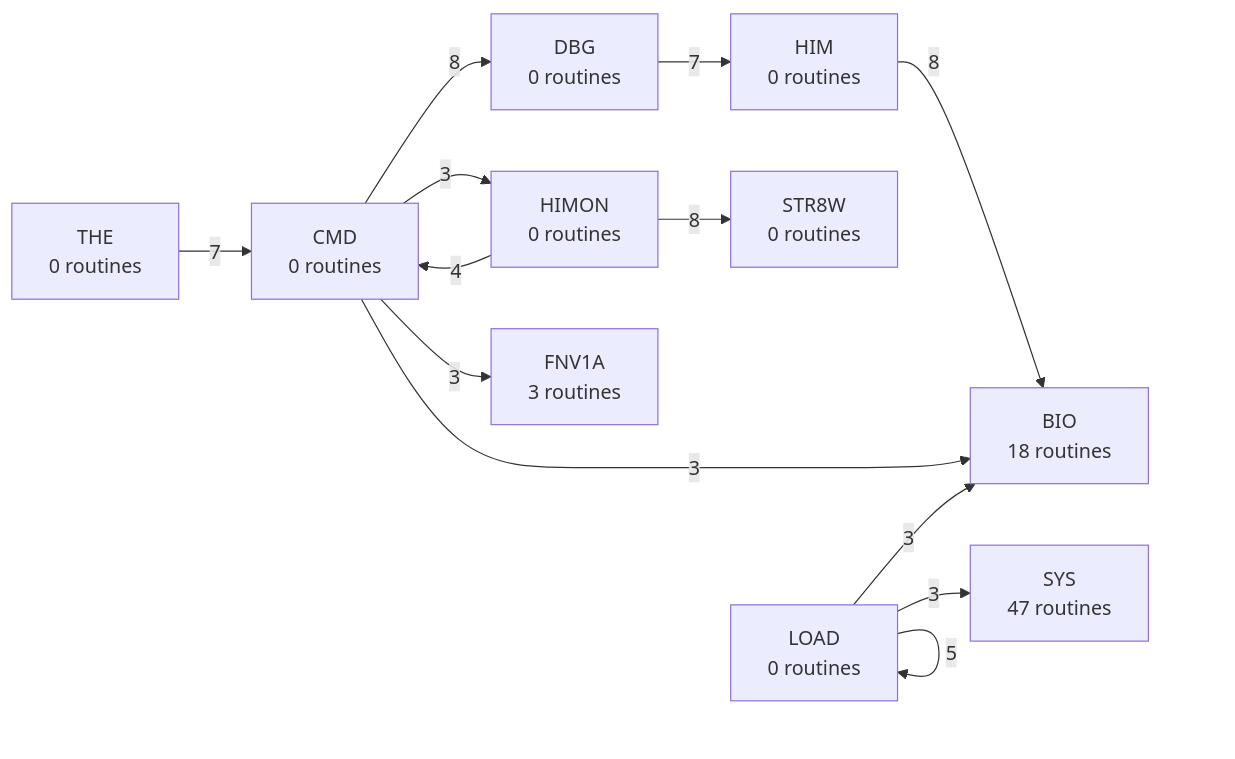
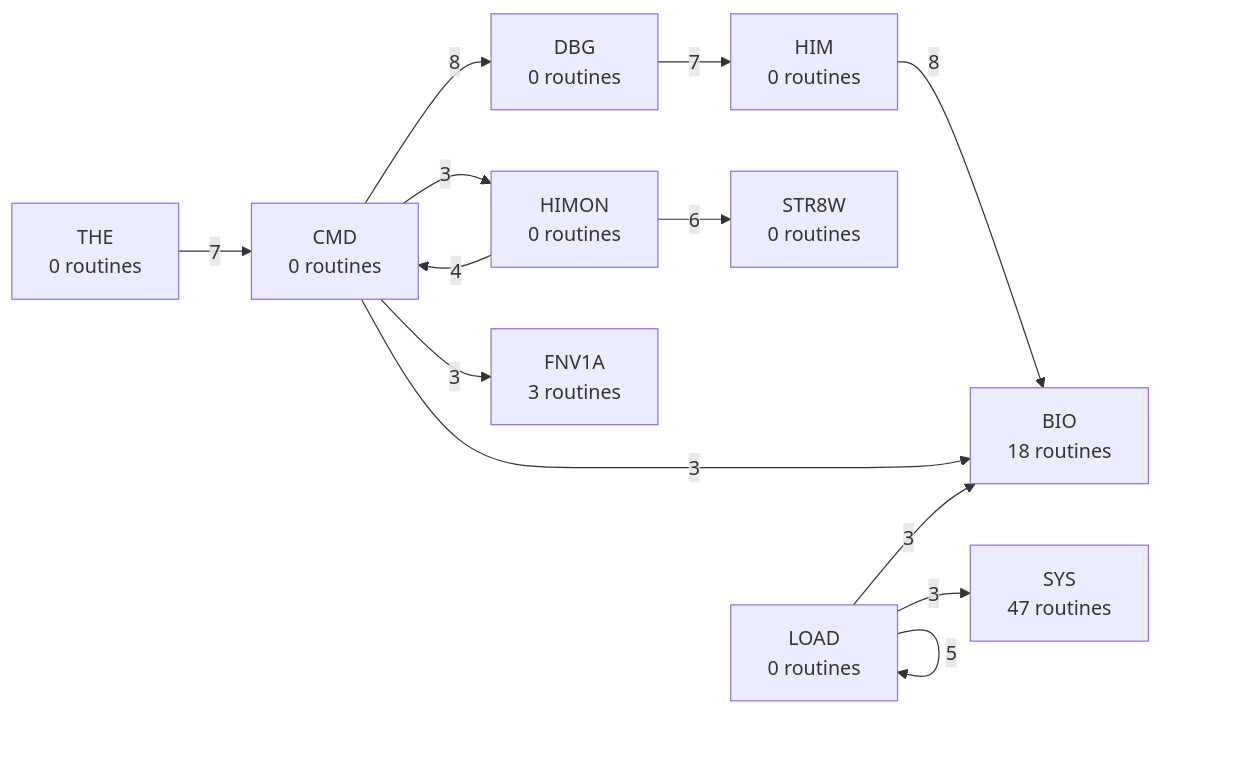
One commit to 95westus/R-YORS changed the third of 6 diagrams in DOC/GENERATED/ROUTINE_PREFIX_MAP.md. Above: the diagram before and after it, drawn with Mermaid. The commit also changed other lines of this file and 35 other files, not shown here.

````diff
--- a/DOC/GENERATED/ROUTINE_PREFIX_MAP.md
+++ b/DOC/GENERATED/ROUTINE_PREFIX_MAP.md
@@ -46,15 +46,15 @@
 ```mermaid
 flowchart LR
     P_CMD["CMD<br/>0 routines"] -->|8| P_DBG["DBG<br/>0 routines"]
     P_HIM["HIM<br/>0 routines"] -->|8| P_BIO["BIO<br/>18 routines"]
-    P_HIMON["HIMON<br/>0 routines"] -->|8| P_STR8W["STR8W<br/>0 routines"]
     P_DBG["DBG<br/>0 routines"] -->|7| P_HIM["HIM<br/>0 routines"]
     P_THE["THE<br/>0 routines"] -->|7| P_CMD["CMD<br/>0 routines"]
+    P_HIMON["HIMON<br/>0 routines"] -->|6| P_STR8W["STR8W<br/>0 routines"]
     P_LOAD["LOAD<br/>0 routines"] -->|5| P_LOAD["LOAD<br/>0 routines"]
     P_HIMON["HIMON<br/>0 routines"] -->|4| P_CMD["CMD<br/>0 routines"]
     P_CMD["CMD<br/>0 routines"] -->|3| P_BIO["BIO<br/>18 routines"]
     P_CMD["CMD<br/>0 routines"] -->|3| P_FNV1A["FNV1A<br/>3 routines"]
     P_CMD["CMD<br/>0 routines"] -->|3| P_HIMON["HIMON<br/>0 routines"]
     P_LOAD["LOAD<br/>0 routines"] -->|3| P_BIO["BIO<br/>18 routines"]
     P_LOAD["LOAD<br/>0 routines"] -->|3| P_SYS["SYS<br/>47 routines"]
 ```
````
